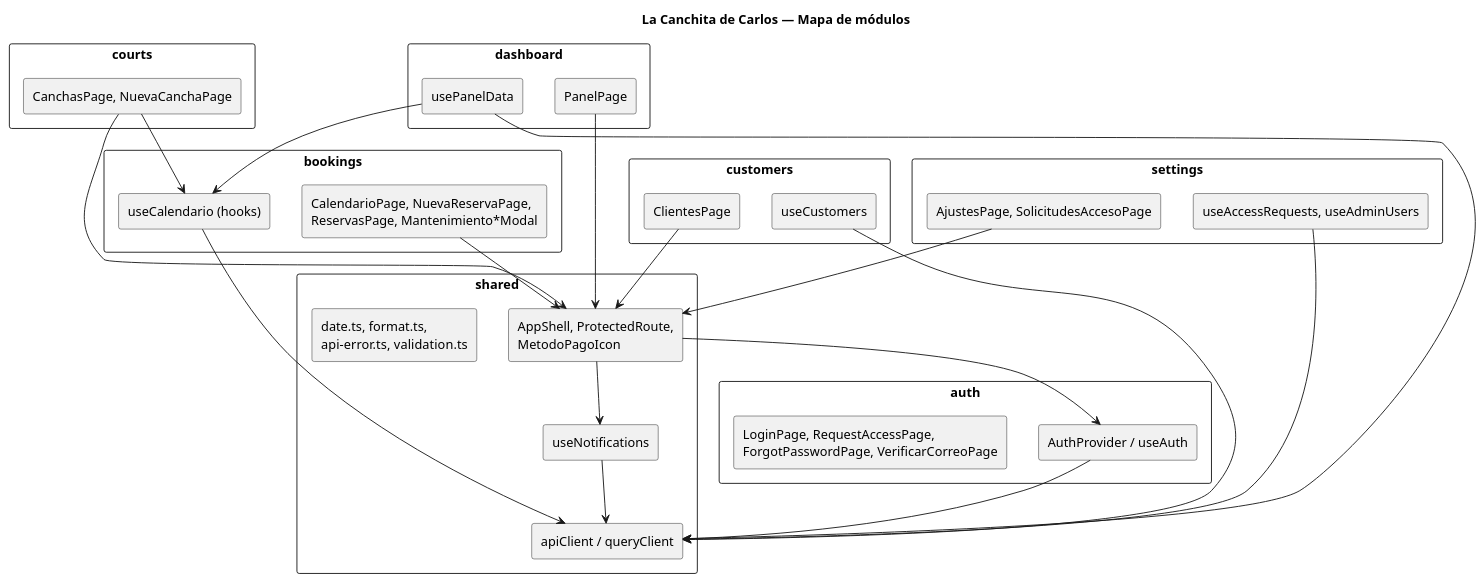
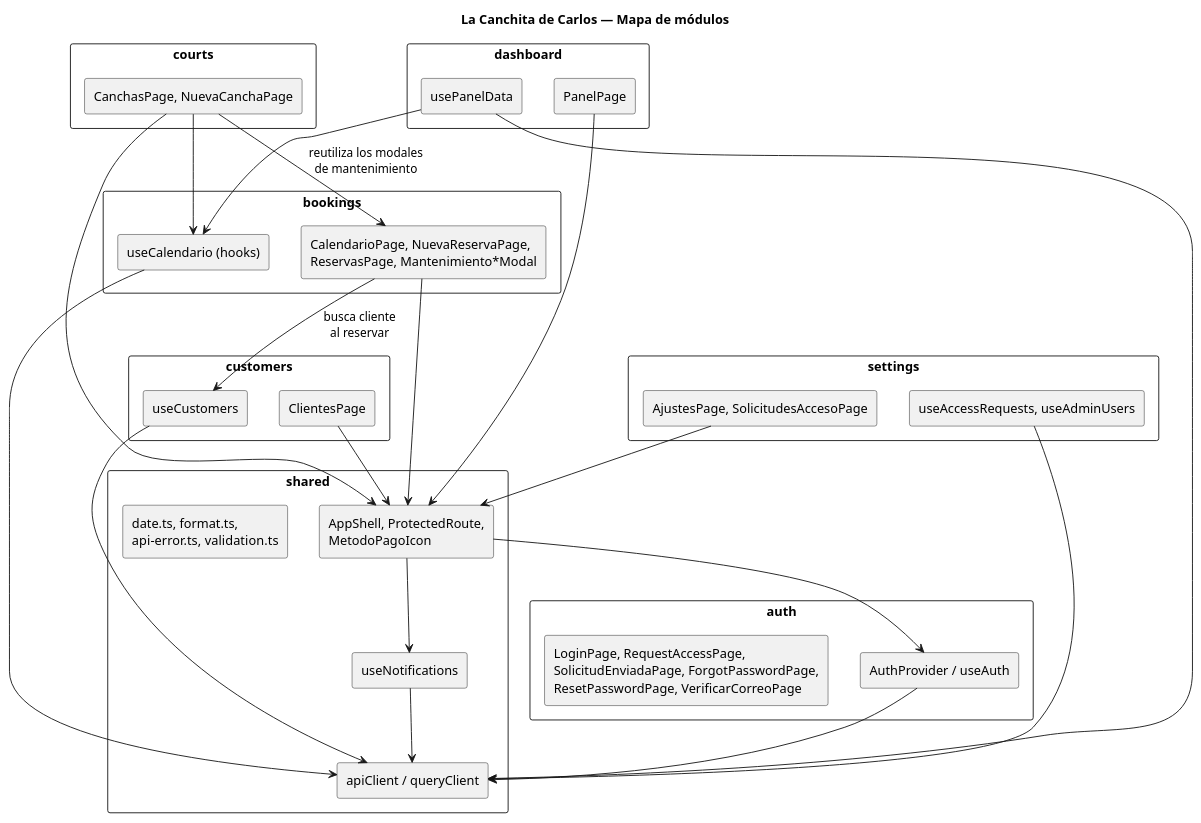
The diagram in docs/diagrams/overview.puml (brianna-salinas/la-canchita-de-carlos-frontend), drawn with PlantUML before and after one commit.

Commit message:
Actualiza overview.puml: agrega pantallas de auth faltantes y dependencias cruzadas de courts/bookings/customers

```diff
--- a/docs/diagrams/overview.puml
+++ b/docs/diagrams/overview.puml
@@ -1,63 +1,66 @@
 @startuml frontend-overview
 title La Canchita de Carlos — Mapa de módulos
 
 skinparam packageStyle rectangle
 skinparam componentStyle rectangle
 
 package "auth" {
   [AuthProvider / useAuth]
-  [LoginPage, RequestAccessPage,\nForgotPasswordPage, VerificarCorreoPage]
+  [LoginPage, RequestAccessPage,\nSolicitudEnviadaPage, ForgotPasswordPage,\nResetPasswordPage, VerificarCorreoPage]
 }
 
 package "bookings" {
   [useCalendario (hooks)]
   [CalendarioPage, NuevaReservaPage,\nReservasPage, Mantenimiento*Modal]
 }
 
 package "courts" {
   [CanchasPage, NuevaCanchaPage]
 }
 
 package "customers" {
   [useCustomers]
   [ClientesPage]
 }
 
 package "dashboard" {
   [usePanelData]
   [PanelPage]
 }
 
 package "settings" {
   [useAccessRequests, useAdminUsers]
   [AjustesPage, SolicitudesAccesoPage]
 }
 
 package "shared" {
   [apiClient / queryClient]
   [useNotifications]
   [AppShell, ProtectedRoute,\nMetodoPagoIcon]
   [date.ts, format.ts,\napi-error.ts, validation.ts]
 }
 
 [useCalendario (hooks)] --> [apiClient / queryClient]
 [useCustomers] --> [apiClient / queryClient]
 [usePanelData] --> [apiClient / queryClient]
 [useAccessRequests, useAdminUsers] --> [apiClient / queryClient]
 [useNotifications] --> [apiClient / queryClient]
 [AuthProvider / useAuth] --> [apiClient / queryClient]
 
 [CanchasPage, NuevaCanchaPage] --> [useCalendario (hooks)]
+[CanchasPage, NuevaCanchaPage] --> [CalendarioPage, NuevaReservaPage,\nReservasPage, Mantenimiento*Modal] : reutiliza los modales\nde mantenimiento
 
 [usePanelData] --> [useCalendario (hooks)]
+
+[CalendarioPage, NuevaReservaPage,\nReservasPage, Mantenimiento*Modal] --> [useCustomers] : busca cliente\nal reservar
 
 [CalendarioPage, NuevaReservaPage,\nReservasPage, Mantenimiento*Modal] --> [AppShell, ProtectedRoute,\nMetodoPagoIcon]
 [CanchasPage, NuevaCanchaPage] --> [AppShell, ProtectedRoute,\nMetodoPagoIcon]
 [ClientesPage] --> [AppShell, ProtectedRoute,\nMetodoPagoIcon]
 [PanelPage] --> [AppShell, ProtectedRoute,\nMetodoPagoIcon]
 [AjustesPage, SolicitudesAccesoPage] --> [AppShell, ProtectedRoute,\nMetodoPagoIcon]
 
 [AppShell, ProtectedRoute,\nMetodoPagoIcon] --> [AuthProvider / useAuth]
 [AppShell, ProtectedRoute,\nMetodoPagoIcon] --> [useNotifications]
 
 @enduml
```
